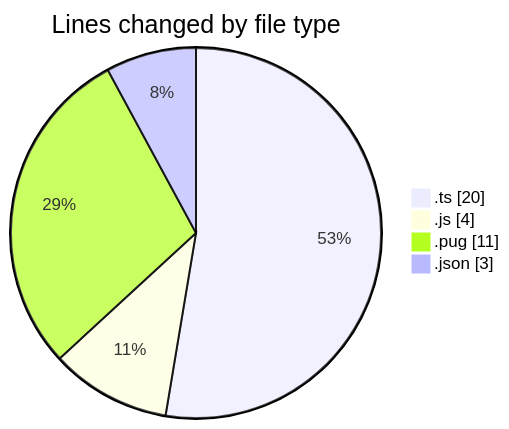
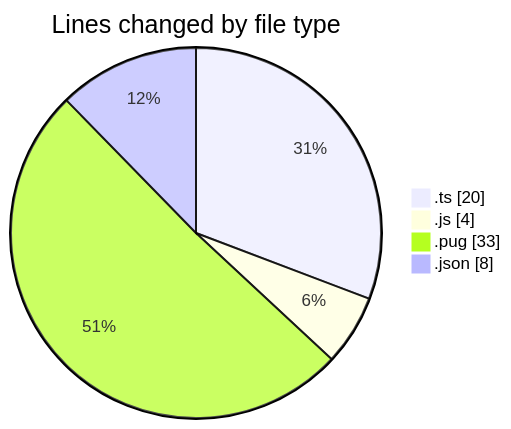
One commit to momahboobian/code-tracking changed the first of 2 diagrams in 2025-02-25/cda/README.md. Above: the diagram before and after it, drawn with Mermaid. The commit also changed other lines of this file and 1 other file, not shown here.

````diff
--- a/2025-02-25/cda/README.md
+++ b/2025-02-25/cda/README.md
@@ -24,8 +24,8 @@
 ```mermaid
 pie showData
 title Lines changed by file type
 ".ts" : 20
 ".js" : 4
-".pug" : 11
-".json" : 3
+".pug" : 33
+".json" : 8
 ```
````
